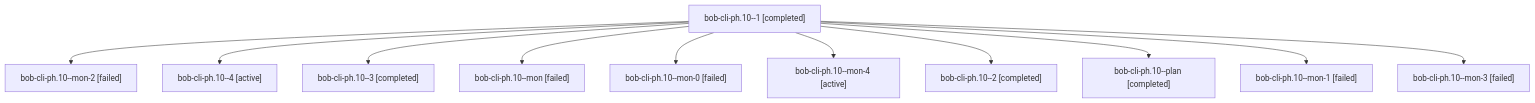
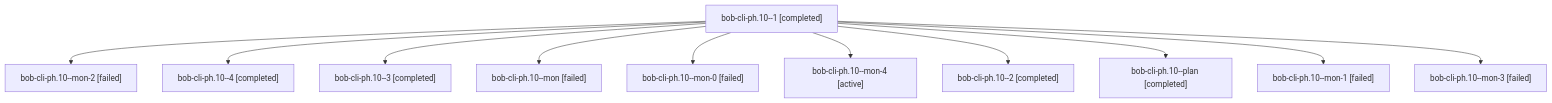
Before and after one commit to bobs-org/bob-cli--agents: the diagram in sessions/bbugyi200.apollo.bob-cli-ph.10.md, drawn with Mermaid. The commit also changed other lines of this file and 139 other files, not shown here.

````diff
--- a/sessions/bbugyi200.apollo.bob-cli-ph.10.md
+++ b/sessions/bbugyi200.apollo.bob-cli-ph.10.md
@@ -9,24 +9,24 @@
 ```mermaid
 flowchart TD
   n0["bob-cli-ph.10--1 [completed]"]
   n1["bob-cli-ph.10--mon-2 [failed]"]
   n0 --> n1
-  n2["bob-cli-ph.10--4 [active]"]
+  n2["bob-cli-ph.10--4 [completed]"]
   n0 --> n2
   n3["bob-cli-ph.10--3 [completed]"]
   n0 --> n3
   n4["bob-cli-ph.10--mon [failed]"]
   n0 --> n4
   n5["bob-cli-ph.10--mon-0 [failed]"]
   n0 --> n5
   n6["bob-cli-ph.10--mon-4 [active]"]
   n0 --> n6
   n7["bob-cli-ph.10--2 [completed]"]
   n0 --> n7
   n8["bob-cli-ph.10--plan [completed]"]
   n0 --> n8
   n9["bob-cli-ph.10--mon-1 [failed]"]
   n0 --> n9
   n10["bob-cli-ph.10--mon-3 [failed]"]
   n0 --> n10
 ```
````
